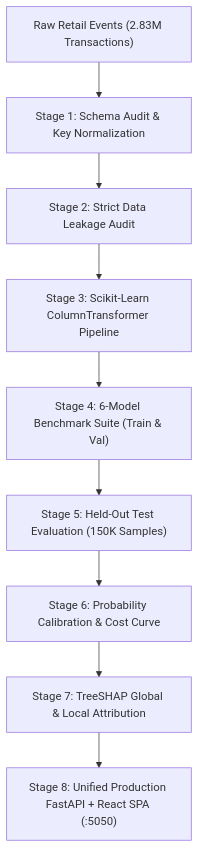
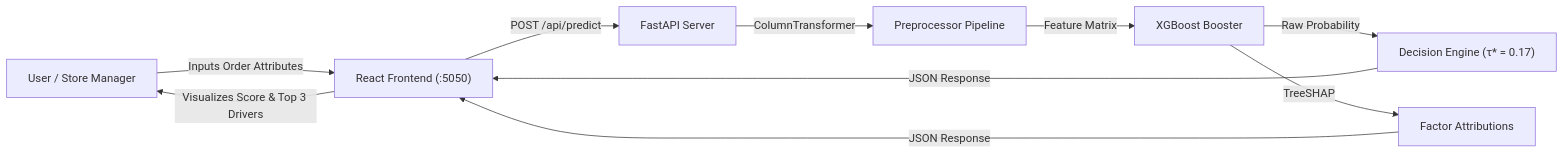
The diagram in README.md (ArshdeepKaur2407/ReturnLens), drawn with Mermaid before and after one commit. The commit also changed other lines of this file and 44 other files, not shown here.

Commit message:
feat: complete verified ML pipeline, cost-optimal threshold (tau=0.17), academic deliverables & modern SaaS light UI redesign

````diff
--- a/README.md
+++ b/README.md
@@ -33,11 +167,11 @@
 ```mermaid
-graph TD
-    A["Raw Retail Events (2.83M Transactions)"] --> B["Stage 1: Schema Audit & Key Normalization"]
-    B --> C["Stage 2: Strict Data Leakage Audit"]
-    C --> D["Stage 3: Scikit-Learn ColumnTransformer Pipeline"]
-    D --> E["Stage 4: 6-Model Benchmark Suite (Train & Val)"]
-    E --> F["Stage 5: Held-Out Test Evaluation (150K Samples)"]
-    F --> G["Stage 6: Probability Calibration & Cost Curve"]
-    G --> H["Stage 7: TreeSHAP Global & Local Attribution"]
-    H --> I["Stage 8: Unified Production FastAPI + React SPA (:5050)"]
+flowchart LR
+    A["User / Store Manager"] -->|"Inputs Order Attributes"| B["React Frontend (:5050)"]
+    B -->|"POST /api/predict"| C["FastAPI Server"]
+    C -->|"ColumnTransformer"| D["Preprocessor Pipeline"]
+    D -->|"Feature Matrix"| E["XGBoost Booster"]
+    E -->|"Raw Probability"| F["Decision Engine (τ* = 0.17)"]
+    E -->|"TreeSHAP"| G["Factor Attributions"]
+    F & G -->|"JSON Response"| B
+    B -->|"Visualizes Score & Top 3 Drivers"| A
 ```
````
